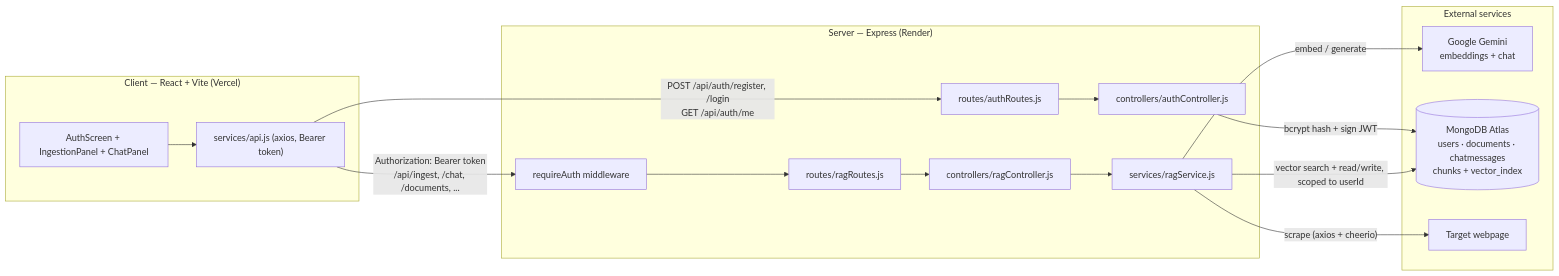
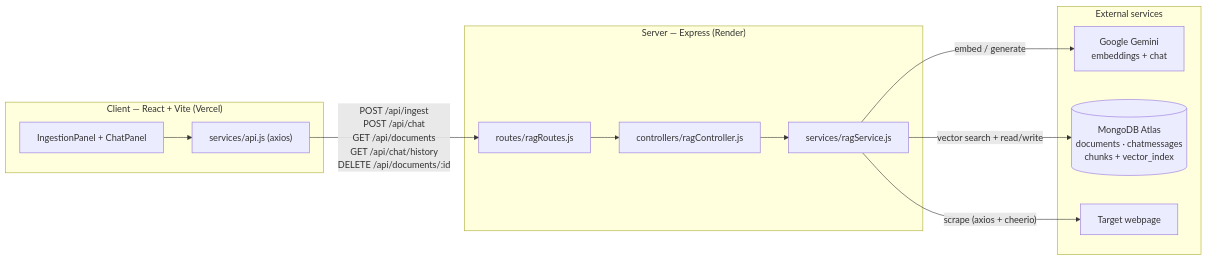
Before and after one commit to rishavk808/URL-CHAT: the diagram in README.md, drawn with Mermaid. The commit also changed other lines of this file and 16 other files, not shown here.

````diff
--- a/README.md
+++ b/README.md
@@ -40,32 +42,26 @@
 ```mermaid
 flowchart LR
     subgraph Client["Client — React + Vite (Vercel)"]
-        UI["AuthScreen + IngestionPanel + ChatPanel"]
-        API["services/api.js (axios, Bearer token)"]
+        UI["IngestionPanel + ChatPanel"]
+        API["services/api.js (axios)"]
         UI --> API
     end
 
     subgraph Server["Server — Express (Render)"]
-        AR["routes/authRoutes.js"]
-        AC["controllers/authController.js"]
-        RA["requireAuth middleware"]
         R["routes/ragRoutes.js"]
         C["controllers/ragController.js"]
         S["services/ragService.js"]
-        AR --> AC
-        RA --> R --> C --> S
+        R --> C --> S
     end
 
     subgraph External["External services"]
         G["Google Gemini<br/>embeddings + chat"]
-        M[("MongoDB Atlas<br/>users · documents · chatmessages<br/>chunks + vector_index")]
+        M[("MongoDB Atlas<br/>documents · chatmessages<br/>chunks + vector_index")]
         W["Target webpage"]
     end
 
-    API -- "POST /api/auth/register, /login<br/>GET /api/auth/me" --> AR
-    API -- "Authorization: Bearer token<br/>/api/ingest, /chat, /documents, ..." --> RA
-    AC -- "bcrypt hash + sign JWT" --> M
+    API -- "POST /api/ingest<br/>POST /api/chat<br/>GET /api/documents<br/>GET /api/chat/history<br/>DELETE /api/documents/:id" --> R
     S -- "scrape (axios + cheerio)" --> W
     S -- "embed / generate" --> G
-    S -- "vector search + read/write, scoped to userId" --> M
+    S -- "vector search + read/write" --> M
 ```
````
